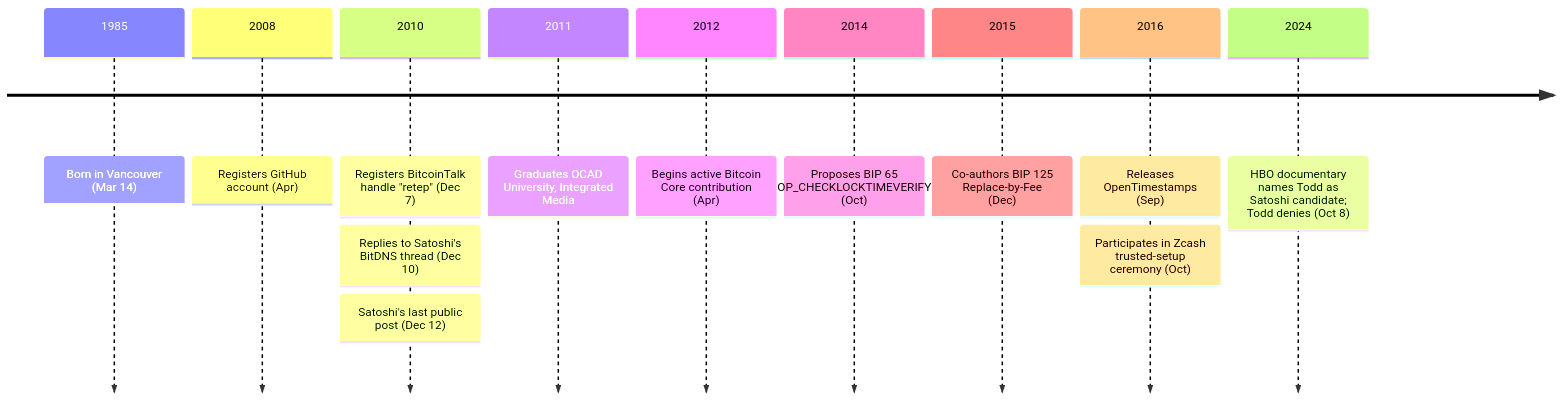
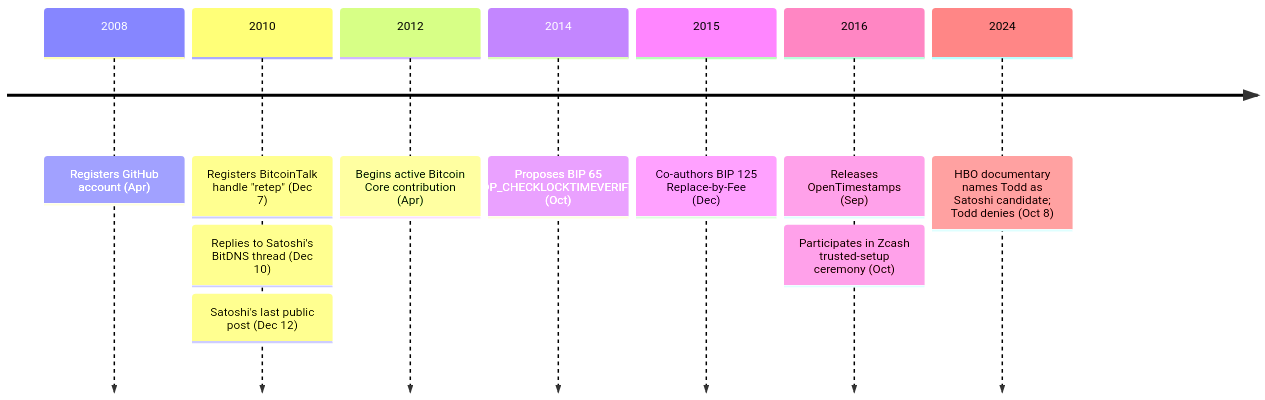
One commit to cypher256/BitcoinArchive changed the diagram in src/data/entries/en/aftermath/2010-12-07-peter-todd-biography.md. Above: the diagram before and after it, drawn with Mermaid. The commit also changed other lines of this file and 28 other files, not shown here.

````diff
--- a/src/data/entries/en/aftermath/2010-12-07-peter-todd-biography.md
+++ b/src/data/entries/en/aftermath/2010-12-07-peter-todd-biography.md
@@ -68,23 +74,21 @@
 ```mermaid
 timeline
-    1985 : Born in Vancouver (Mar 14)
     2008 : Registers GitHub account (Apr)
     2010 : Registers BitcoinTalk handle "retep" (Dec 7)
     %% link: /BitcoinArchive/entries/aftermath/2010-12-07-retep-diaspora-invite-first-post/
          : Replies to Satoshi's BitDNS thread (Dec 10)
     %% link: /BitcoinArchive/entries/forum/bitcointalk/topic-2181/2010-12-10-retep-re-fees-in-bitdns-confusion/
          : Satoshi's last public post (Dec 12)
     %% link: /BitcoinArchive/entries/forum/bitcointalk/topic-2228/2010-12-12-satoshi-final-post/
-    2011 : Graduates OCAD University, Integrated Media
     2012 : Begins active Bitcoin Core contribution (Apr)
     2014 : Proposes BIP 65 OP_CHECKLOCKTIMEVERIFY (Oct)
     %% link: /BitcoinArchive/entries/aftermath/2014-10-01-peter-todd-bip-65-checklocktimeverify/
     2015 : Co-authors BIP 125 Replace-by-Fee (Dec)
     %% link: /BitcoinArchive/entries/aftermath/2015-12-04-peter-todd-bip-125-replace-by-fee/
     2016 : Releases OpenTimestamps (Sep)
     %% link: /BitcoinArchive/entries/aftermath/2016-09-15-peter-todd-opentimestamps-announcement/
          : Participates in Zcash trusted-setup ceremony (Oct)
     %% link: /BitcoinArchive/entries/aftermath/2016-10-22-peter-todd-zcash-trusted-setup/
     2024 : HBO documentary names Todd as Satoshi candidate; Todd denies (Oct 8)
     %% link: /BitcoinArchive/entries/aftermath/2024-10-08-hbo-money-electric-peter-todd/
 ```
````
